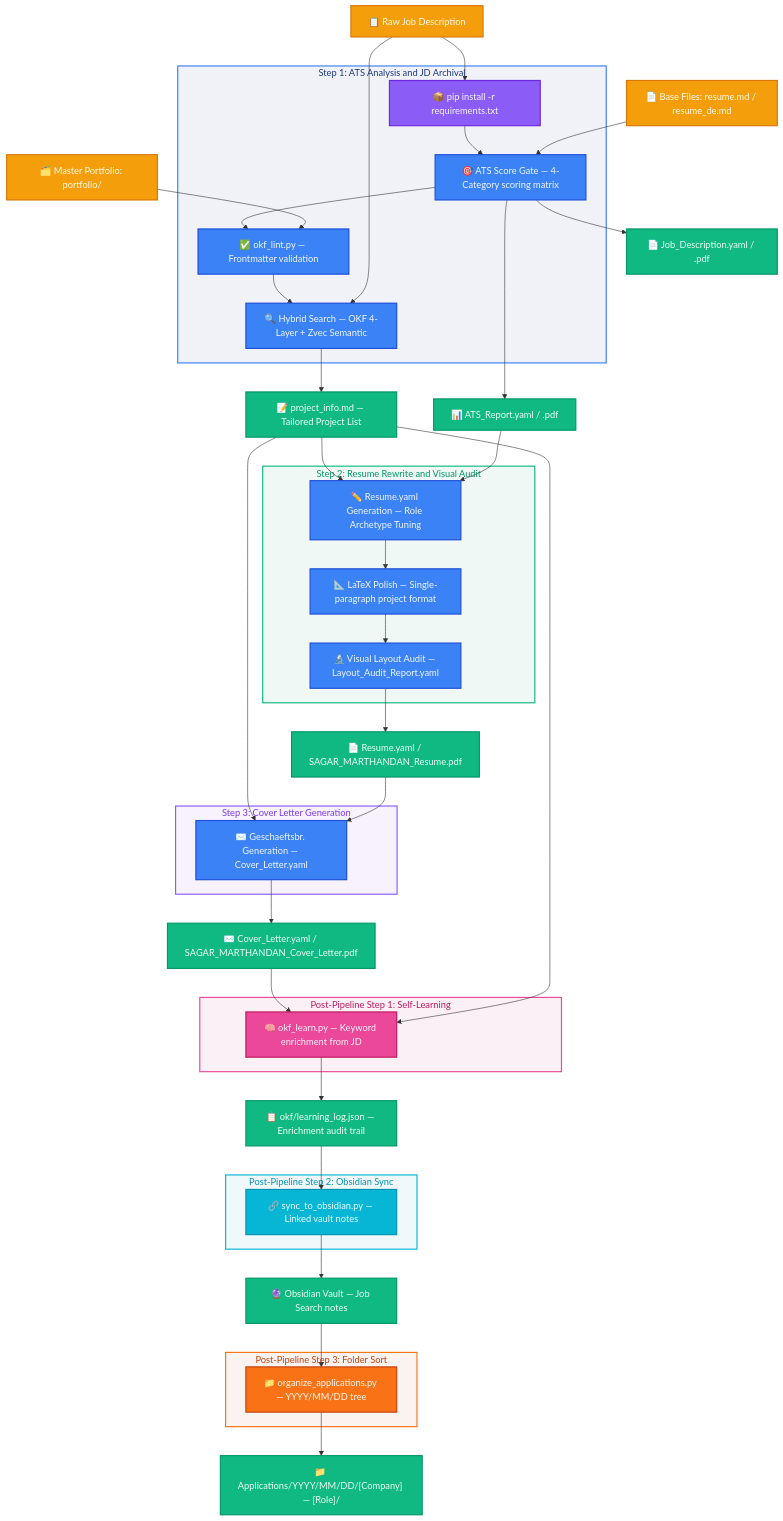
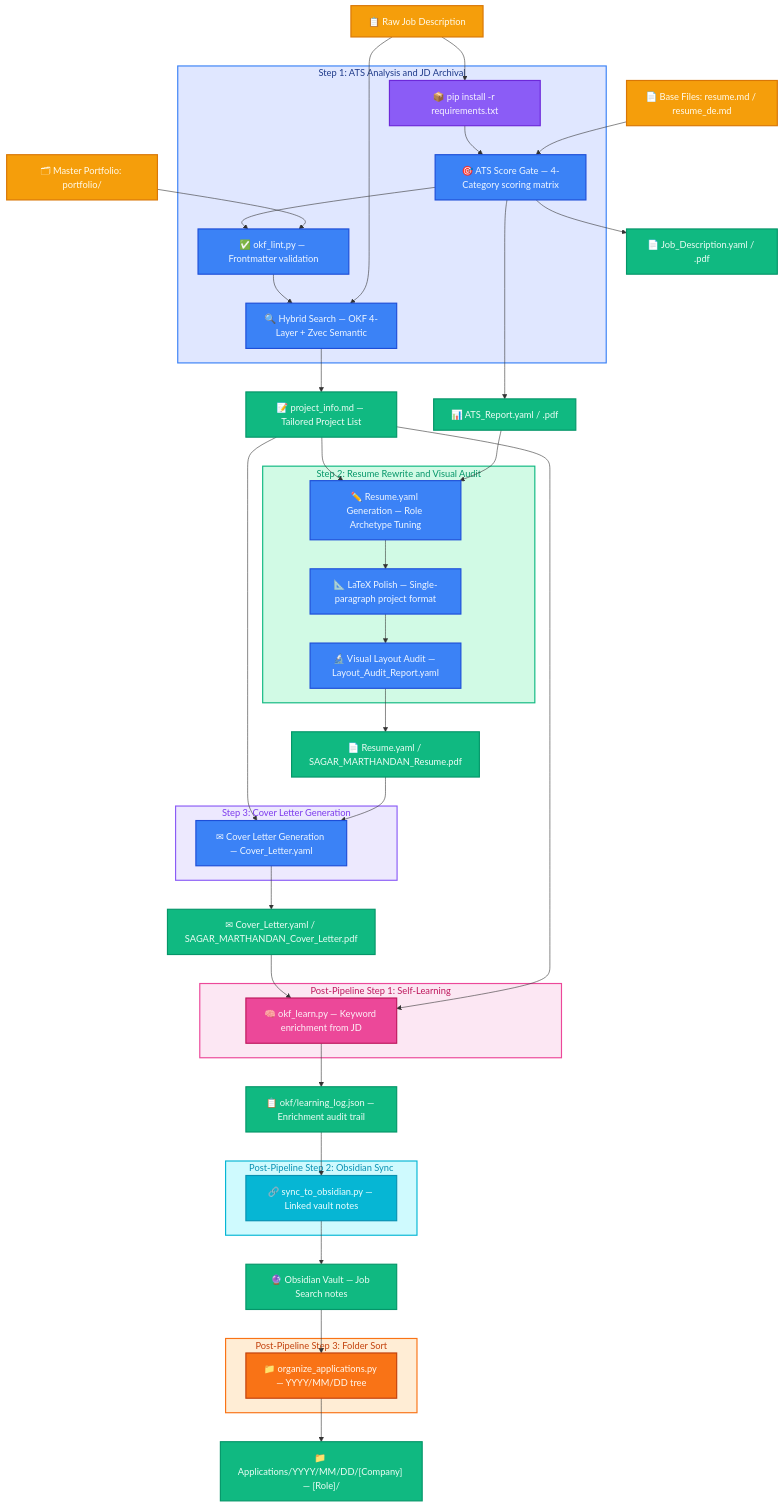
The diagram in README.md (SagarMarthandan/okf-cv), drawn with Mermaid before and after one commit.

```diff
--- a/README.md
+++ b/README.md
@@ -21,17 +21,17 @@
     classDef sort fill:#f97316,stroke:#c2410c,stroke-width:2px,color:#fff7ed;
 
     %% Subgraph styles
-    style Step1 fill:#1e3a8a10,stroke:#3b82f6,stroke-width:2px,color:#1e3a8a
-    style Step2 fill:#05966910,stroke:#10b981,stroke-width:2px,color:#059669
-    style Step3 fill:#7c3aed10,stroke:#8b5cf6,stroke-width:2px,color:#7c3aed
-    style Post1 fill:#be185d10,stroke:#ec4899,stroke-width:2px,color:#be185d
-    style Post2 fill:#0891b210,stroke:#06b6d4,stroke-width:2px,color:#0891b2
-    style Post3 fill:#c2410c10,stroke:#f97316,stroke-width:2px,color:#c2410c
+    style Step1 fill:#e0e7ff,stroke:#3b82f6,stroke-width:2px,color:#1e3a8a
+    style Step2 fill:#d1fae5,stroke:#10b981,stroke-width:2px,color:#059669
+    style Step3 fill:#ede9fe,stroke:#8b5cf6,stroke-width:2px,color:#7c3aed
+    style Post1 fill:#fce7f3,stroke:#ec4899,stroke-width:2px,color:#be185d
+    style Post2 fill:#cffafe,stroke:#06b6d4,stroke-width:2px,color:#0891b2
+    style Post3 fill:#ffedd5,stroke:#f97316,stroke-width:2px,color:#c2410c
 
     %% Elements
     JD["📋 Raw Job Description"]:::input
     BaseFiles["📄 Base Files: resume.md / resume_de.md"]:::input
-    RepoInfo["🗂️ Master Portfolio: portfolio/"]:::input
+    RepoInfo["🗂 Master Portfolio: portfolio/"]:::input
 
     subgraph Step1 ["Step 1: ATS Analysis and JD Archival"]
         Deps["📦 pip install -r requirements.txt"]:::system
@@ -47,7 +47,7 @@
     end
 
     subgraph Step3 ["Step 3: Cover Letter Generation"]
-        CL["✉️ Geschaeftsbr. Generation — Cover_Letter.yaml"]:::processing
+        CL["✉ Cover Letter Generation — Cover_Letter.yaml"]:::processing
     end
 
     subgraph Post1 ["Post-Pipeline Step 1: Self-Learning"]
@@ -67,7 +67,7 @@
     OutATS["📊 ATS_Report.yaml / .pdf"]:::output
     OutProj["📝 project_info.md — Tailored Project List"]:::output
     OutRes["📄 Resume.yaml / SAGAR_MARTHANDAN_Resume.pdf"]:::output
-    OutCL["✉️ Cover_Letter.yaml / SAGAR_MARTHANDAN_Cover_Letter.pdf"]:::output
+    OutCL["✉ Cover_Letter.yaml / SAGAR_MARTHANDAN_Cover_Letter.pdf"]:::output
     OutLog["📋 okf/learning_log.json — Enrichment audit trail"]:::output
     OutVault["🔮 Obsidian Vault — Job Search notes"]:::output
     OutTree["📁 Applications/YYYY/MM/DD/[Company] — [Role]/"]:::output
```
